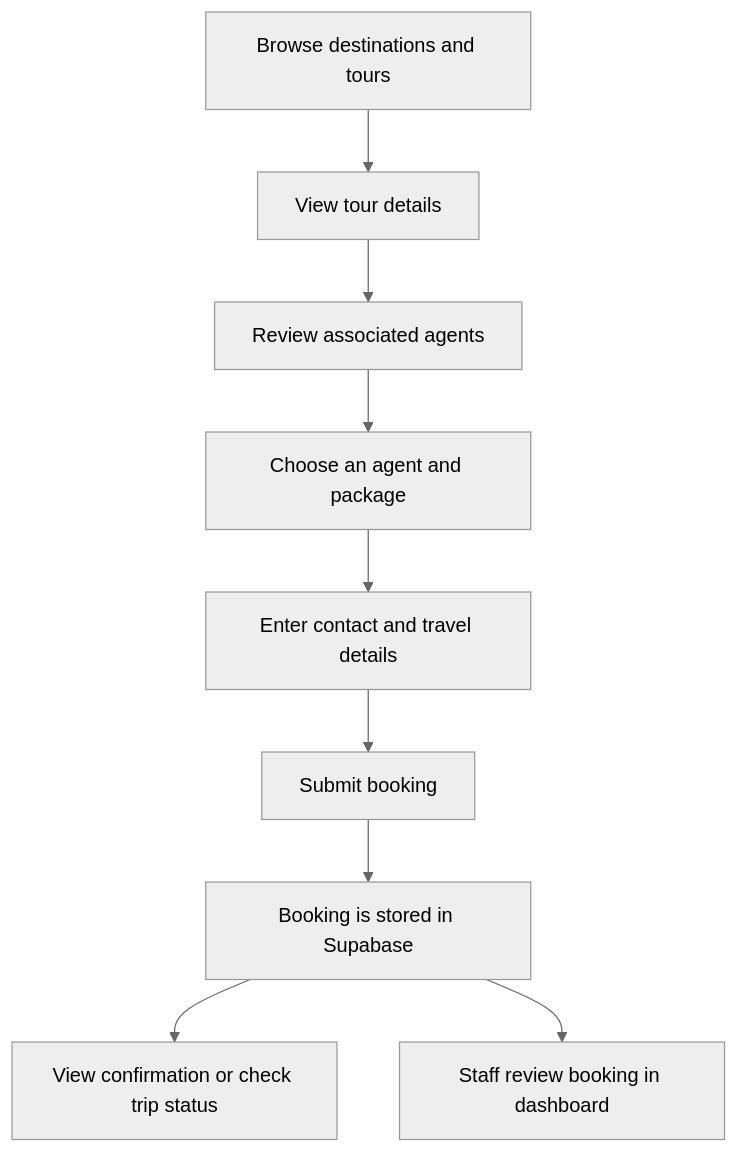
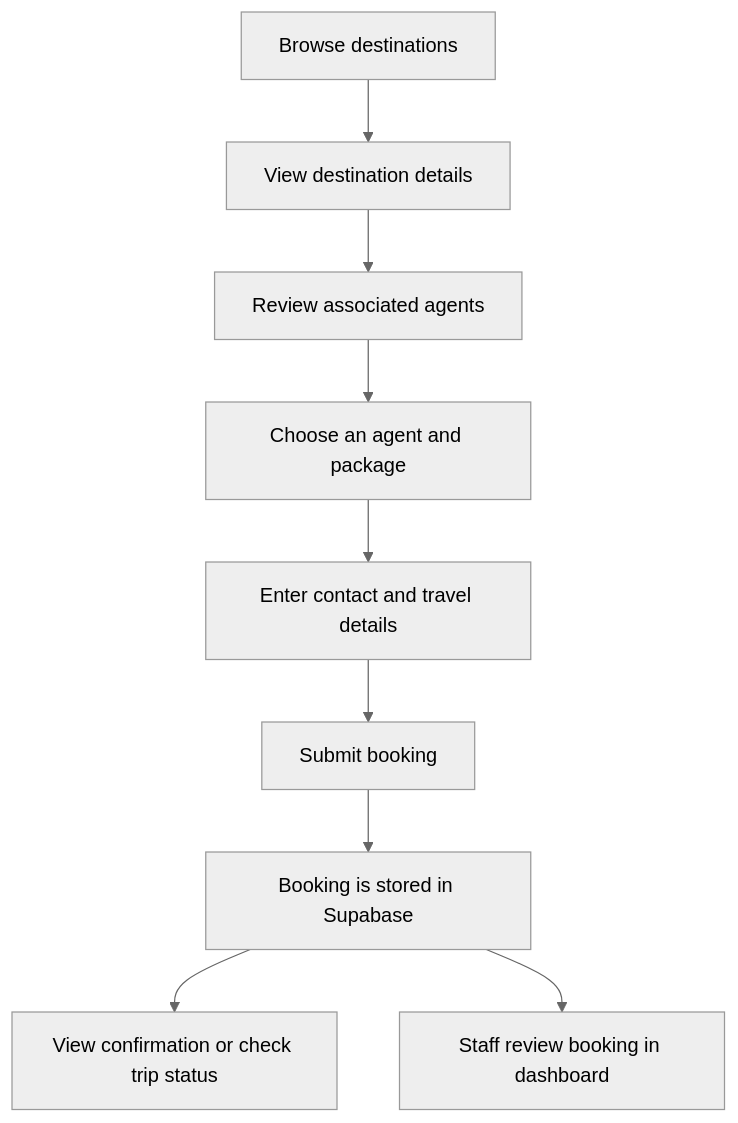
The diagram in docs/guzo-project-documentation.md (YabseraDCodes/guzo), drawn with Mermaid (neutral theme) before and after one commit. The commit also changed other lines of this file and 38 other files, not shown here.

Commit message:
rework: Tours into Destinations

````diff
--- a/docs/guzo-project-documentation.md
+++ b/docs/guzo-project-documentation.md
@@ -107,11 +107,11 @@
 ```mermaid
 flowchart TD
-    A[Browse destinations and tours] --> B[View tour details]
+    A[Browse destinations] --> B[View destination details]
     B --> C[Review associated agents]
     C --> D[Choose an agent and package]
     D --> E[Enter contact and travel details]
     E --> F[Submit booking]
     F --> G[Booking is stored in Supabase]
     G --> H[View confirmation or check trip status]
     G --> I[Staff review booking in dashboard]
 ```
````
